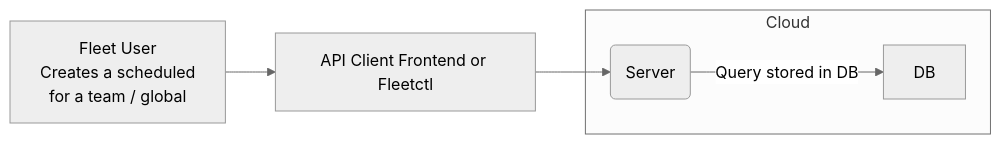
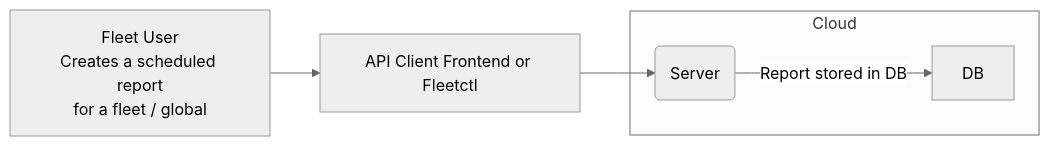
Before and after one commit to fleetdm/fleet: the fourth of 7 diagrams in docs/Contributing/architecture/high-level-architecture.md, drawn with Mermaid (neutral theme). The commit also changed other lines of this file and 48 other files, not shown here.

````diff
--- a/docs/Contributing/architecture/high-level-architecture.md
+++ b/docs/Contributing/architecture/high-level-architecture.md
@@ -152,14 +152,14 @@
 ```mermaid
 graph LR;
-    it_person[Fleet User<br>Creates a scheduled<br>for a team / global];
+    it_person[Fleet User<br>Creates a scheduled report<br>for a fleet / global];
     api[API Client Frontend or Fleetctl];
 
     subgraph Cloud
         server(Server);
         db[DB];
     end
 
     it_person --> api;
     api --> server;
-    server -- Query stored in DB--> db;
+    server -- Report stored in DB--> db;
 ```
````
